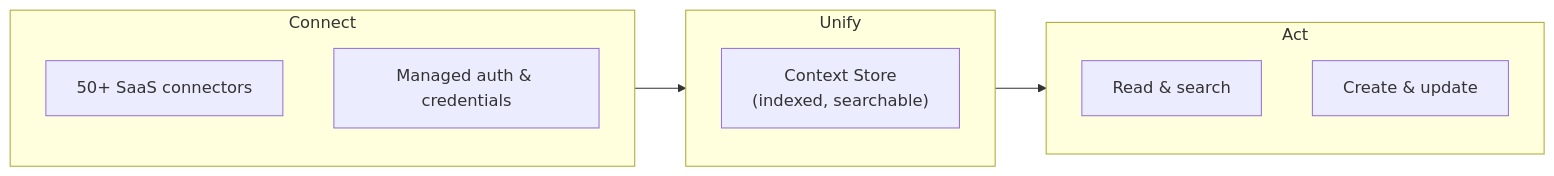
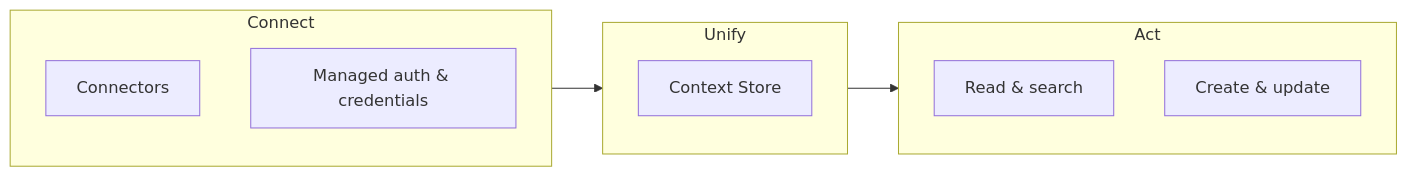
Before and after one commit to airbytehq/airbyte: the diagram in docs/ai-agents/get-started/what-is-airbyte-agents.md, drawn with Mermaid. The commit also changed other lines of this file and 1 other file, not shown here.

````diff
--- a/docs/ai-agents/get-started/what-is-airbyte-agents.md
+++ b/docs/ai-agents/get-started/what-is-airbyte-agents.md
@@ -28,15 +30,15 @@
 ```mermaid
 flowchart LR
     subgraph connect["Connect"]
-        C1["50+ SaaS connectors"]
+        C1["Connectors"]
         C2["Managed auth & credentials"]
     end
     subgraph unify["Unify"]
-        CS["Context Store\n(indexed, searchable)"]
+        CS["Context Store"]
     end
     subgraph act["Act"]
         A1["Read & search"]
         A2["Create & update"]
     end
     connect --> unify --> act
 ```
````
